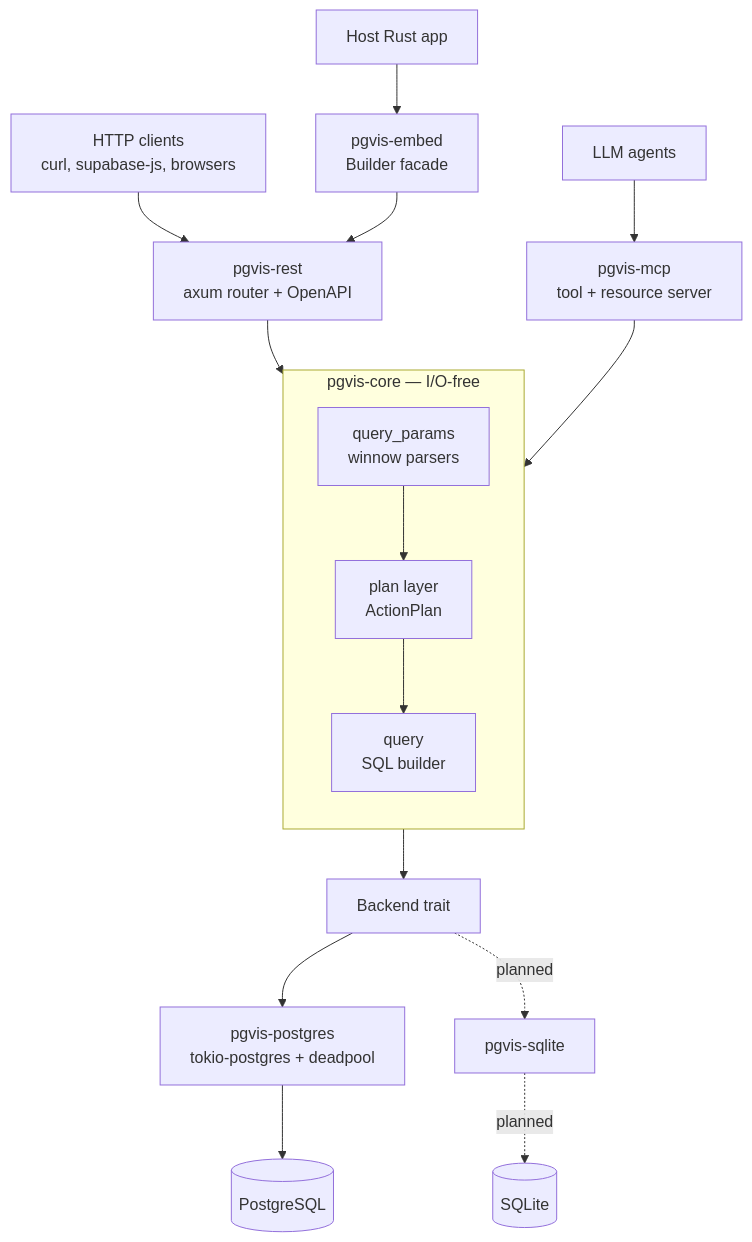
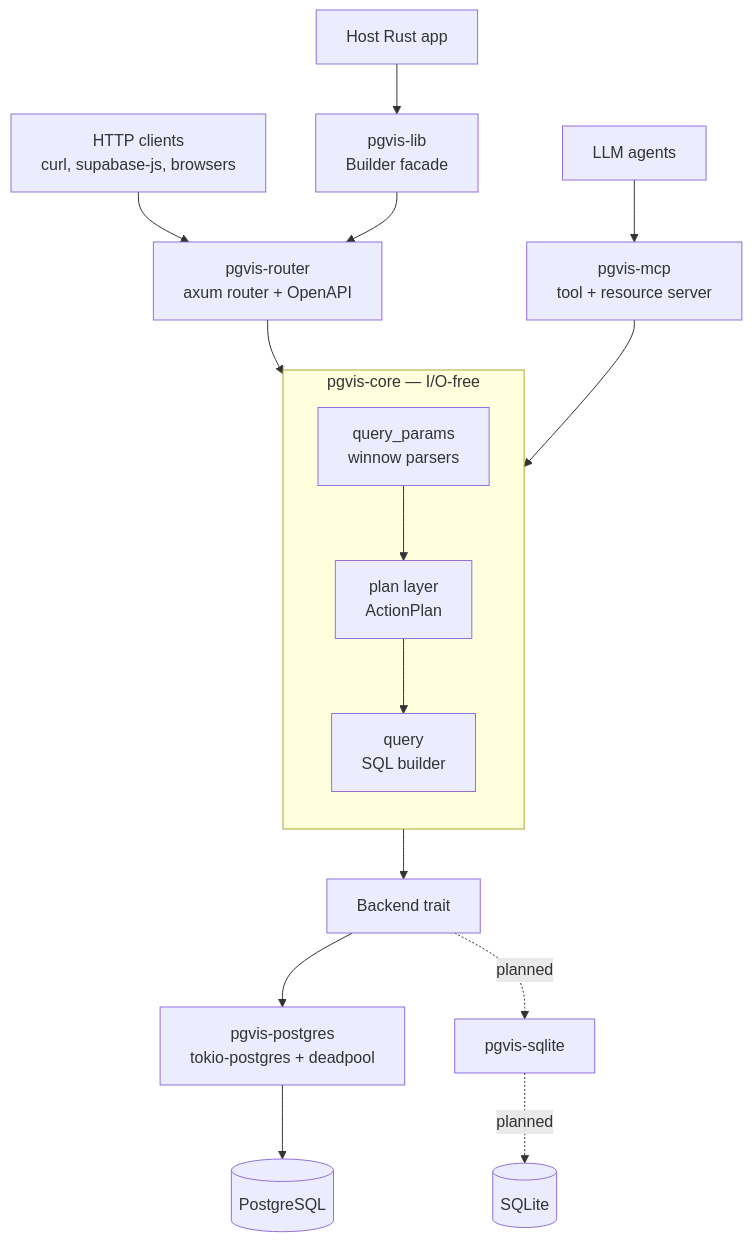
The first of 2 diagrams in arch/README.md (storyvis/pgvis), drawn with Mermaid before and after one commit. The commit also changed other lines of this file and 8 other files, not shown here.

First line of the commit message:
docs(arch): sync architecture docs with current code

````diff
--- a/arch/README.md
+++ b/arch/README.md
@@ -32,22 +32,22 @@
 ```mermaid
 flowchart TD
-    HTTP[HTTP clients<br/>curl, supabase-js, browsers] --> REST[pgvis-rest<br/>axum router + OpenAPI]
+    HTTP[HTTP clients<br/>curl, supabase-js, browsers] --> REST[pgvis-router<br/>axum router + OpenAPI]
     LLM[LLM agents] --> MCP[pgvis-mcp<br/>tool + resource server]
-    EMB[Host Rust app] --> EMBED[pgvis-embed<br/>Builder facade]
+    EMB[Host Rust app] --> EMBED[pgvis-lib<br/>Builder facade]
 
     REST --> CORE
     MCP --> CORE
     EMBED --> REST
 
     subgraph CORE[pgvis-core — I/O-free]
       direction TB
       QP[query_params<br/>winnow parsers] --> PLAN[plan layer<br/>ActionPlan]
       PLAN --> SQL[query<br/>SQL builder]
     end
 
     CORE --> BK[Backend trait]
     BK --> PG[pgvis-postgres<br/>tokio-postgres + deadpool]
     PG --> DB[(PostgreSQL)]
     BK -. planned .-> LITE[pgvis-sqlite]
     LITE -. planned .-> SQLITEDB[(SQLite)]
 ```
````
